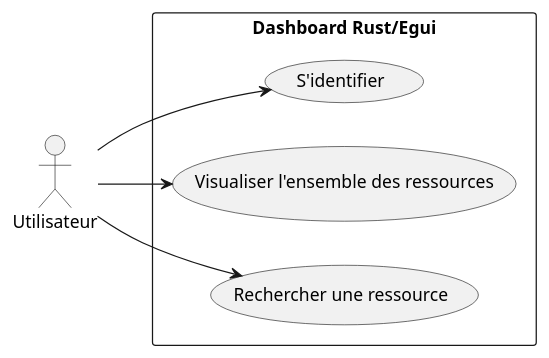
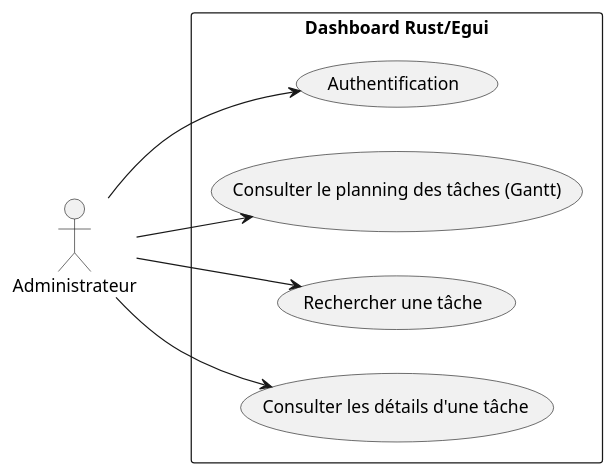
One commit to Goard-Rust/docs changed the diagram in Conception/UML/Use_Case/use_case.puml. Above: the diagram before and after it, drawn with PlantUML.

```diff
--- a/Conception/UML/Use_Case/use_case.puml
+++ b/Conception/UML/Use_Case/use_case.puml
@@ -1,12 +1,14 @@
 @startuml
 left to right direction
-actor "Utilisateur" as user
+actor "Administrateur" as admin
 rectangle "Dashboard Rust/Egui" {
-  usecase "S'identifier" as UC1
-  usecase "Visualiser l'ensemble des ressources" as UC2
-  usecase "Rechercher une ressource" as UC3
+  usecase "Authentification" as UC1
+  usecase "Consulter le planning des tâches (Gantt)" as UC2
+  usecase "Rechercher une tâche" as UC3
+  usecase "Consulter les détails d'une tâche" as UC4
 }
-user --> UC1
-user --> UC2
-user --> UC3
+admin --> UC1
+admin --> UC2
+admin --> UC3
+admin --> UC4
 @enduml
```
